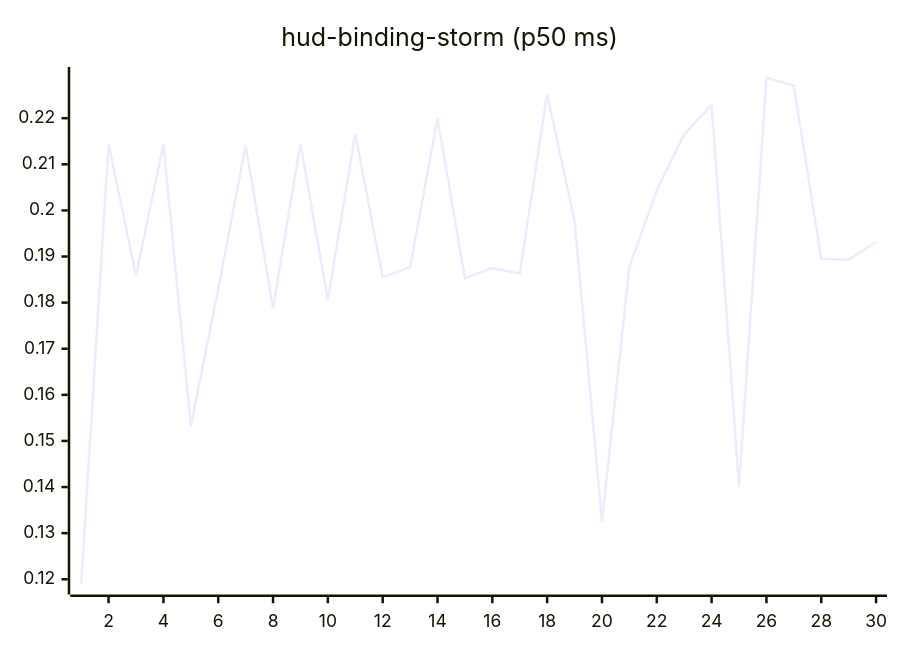
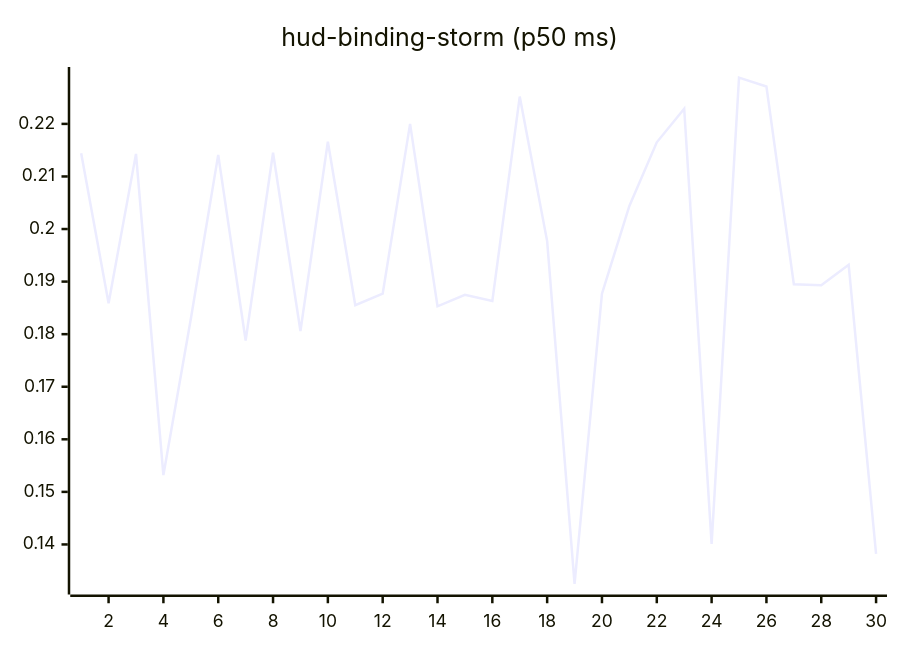
One commit to josha/Facet changed the tenth of 27 diagrams in README.md. Above: the diagram before and after it, drawn with Mermaid. The commit also changed other lines of this file and 2 other files, not shown here.

````diff
--- a/README.md
+++ b/README.md
@@ -126,6 +126,6 @@
 ```mermaid
 xychart-beta
     title "hud-binding-storm (p50 ms)"
     x-axis 1 --> 30
-    line [0.1190, 0.2144, 0.1859, 0.2143, 0.1532, 0.1829, 0.2141, 0.1788, 0.2145, 0.1806, 0.2166, 0.1855, 0.1877, 0.2200, 0.1853, 0.1875, 0.1863, 0.2252, 0.1977, 0.1325, 0.1877, 0.2044, 0.2165, 0.2229, 0.1401, 0.2288, 0.2271, 0.1895, 0.1893, 0.1932]
+    line [0.2144, 0.1859, 0.2143, 0.1532, 0.1829, 0.2141, 0.1788, 0.2145, 0.1806, 0.2166, 0.1855, 0.1877, 0.2200, 0.1853, 0.1875, 0.1863, 0.2252, 0.1977, 0.1325, 0.1877, 0.2044, 0.2165, 0.2229, 0.1401, 0.2288, 0.2271, 0.1895, 0.1893, 0.1932, 0.1382]
 ```
````
